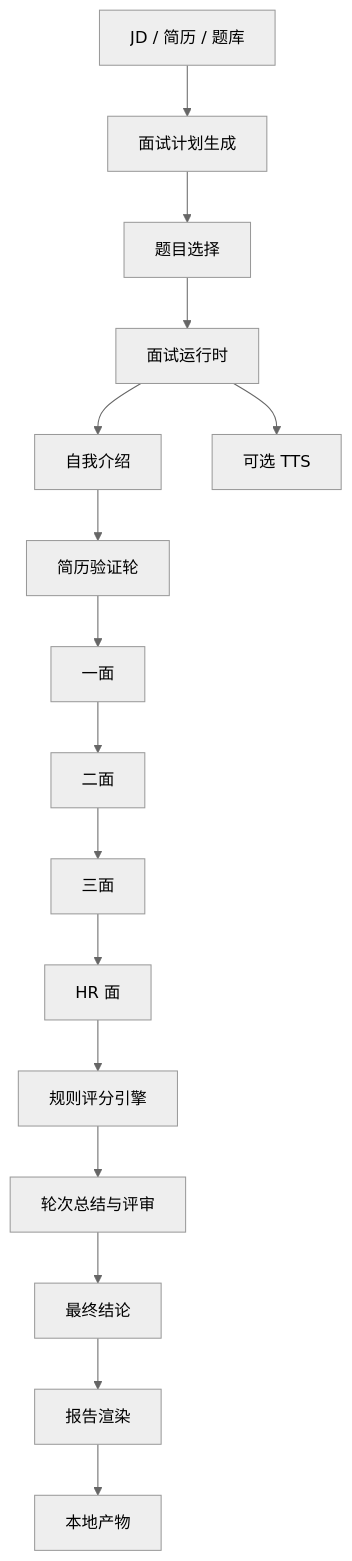
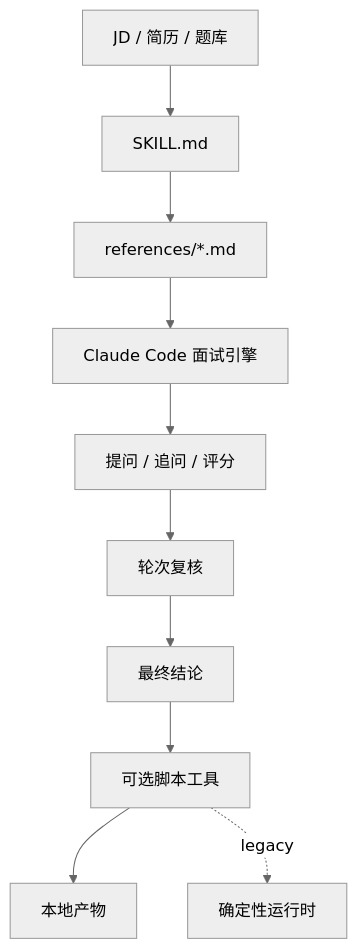
The diagram in skills/android-interview/README.zh-CN.md (Moosphan/hulk-skills), drawn with Mermaid (neutral theme) before and after one commit. The commit also changed other lines of this file and 26 other files, not shown here.

Commit message:
Refactor android interview skill to markdown-first flow

````diff
--- a/skills/android-interview/README.zh-CN.md
+++ b/skills/android-interview/README.zh-CN.md
@@ -21,18 +22,12 @@
 ```mermaid
 flowchart TD
-  A[JD / 简历 / 题库] --> B[面试计划生成]
-  B --> C[题目选择]
-  C --> D[面试运行时]
-  D --> D1[自我介绍]
-  D1 --> D2[简历验证轮]
-  D2 --> D3[一面]
-  D3 --> D4[二面]
-  D4 --> D5[三面]
-  D5 --> D6[HR 面]
-  D6 --> E[规则评分引擎]
-  E --> F[轮次总结与评审]
+  A[JD / 简历 / 题库] --> B[SKILL.md]
+  B --> C[references/*.md]
+  C --> D[Claude Code 面试引擎]
+  D --> E[提问 / 追问 / 评分]
+  E --> F[轮次复核]
   F --> G[最终结论]
-  G --> H[报告渲染]
-  D --> I[可选 TTS]
-  H --> J[本地产物]
+  G --> H[可选脚本工具]
+  H --> I[本地产物]
+  H -. legacy .-> J[确定性运行时]
 ```
````
